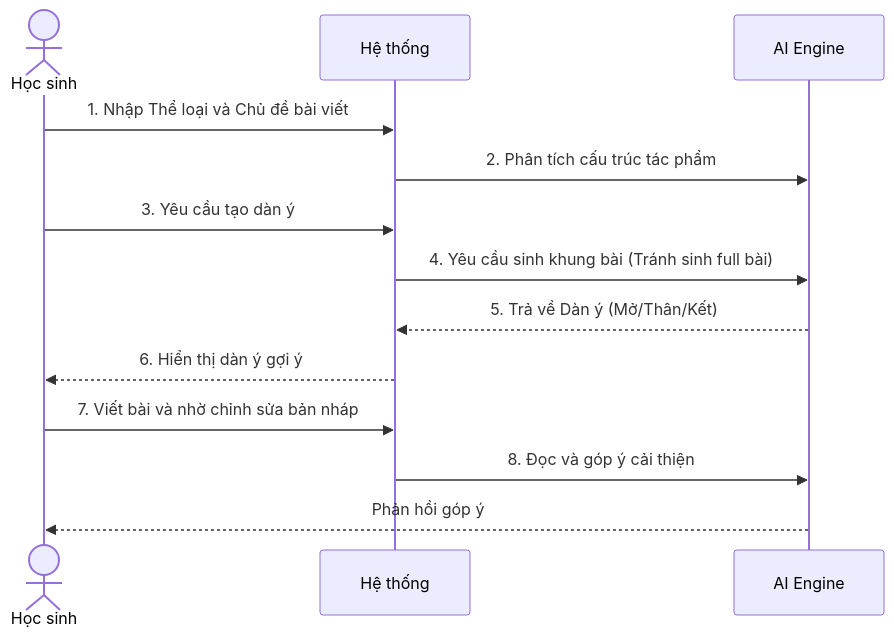
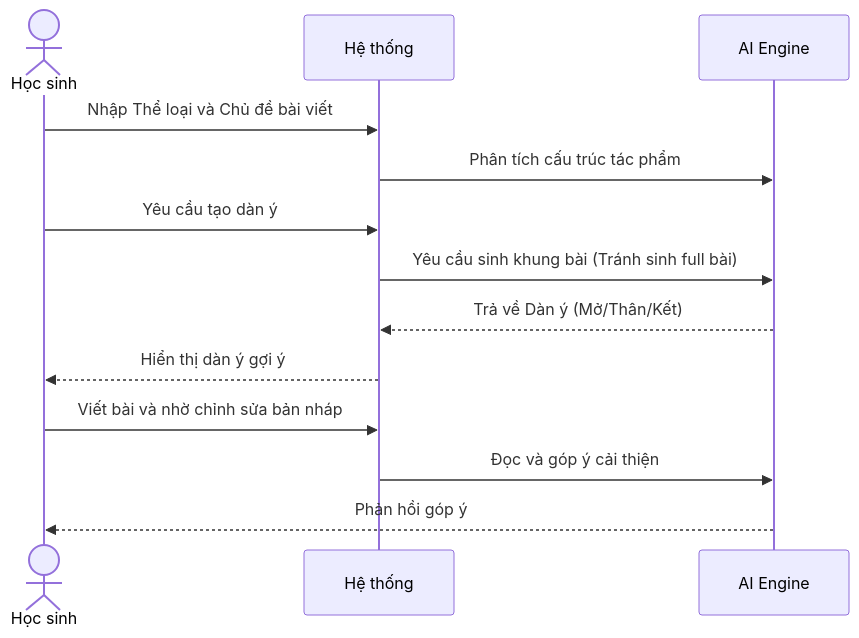
The fourth of 8 diagrams in docs/nhom_5_magicstudent.md (Cong-ty-TNNH-Q-Tech/Q-School), drawn with Mermaid before and after one commit. The commit also changed other lines of this file and 5 other files, not shown here.

Commit message:
docs: refine sequence diagrams logical flow and remove step numbers

````diff
--- a/docs/nhom_5_magicstudent.md
+++ b/docs/nhom_5_magicstudent.md
@@ -125,16 +125,16 @@
 ```mermaid
 sequenceDiagram
     actor HS as Học sinh
     participant HT as Hệ thống
     participant AI as AI Engine
 
-    HS->>HT: 1. Nhập Thể loại và Chủ đề bài viết
-    HT->>AI: 2. Phân tích cấu trúc tác phẩm
-    HS->>HT: 3. Yêu cầu tạo dàn ý
-    HT->>AI: 4. Yêu cầu sinh khung bài (Tránh sinh full bài)
-    AI-->>HT: 5. Trả về Dàn ý (Mở/Thân/Kết)
-    HT-->>HS: 6. Hiển thị dàn ý gợi ý
-    HS->>HT: 7. Viết bài và nhờ chỉnh sửa bản nháp
-    HT->>AI: 8. Đọc và góp ý cải thiện
+    HS->>HT: Nhập Thể loại và Chủ đề bài viết
+    HT->>AI: Phân tích cấu trúc tác phẩm
+    HS->>HT: Yêu cầu tạo dàn ý
+    HT->>AI: Yêu cầu sinh khung bài (Tránh sinh full bài)
+    AI-->>HT: Trả về Dàn ý (Mở/Thân/Kết)
+    HT-->>HS: Hiển thị dàn ý gợi ý
+    HS->>HT: Viết bài và nhờ chỉnh sửa bản nháp
+    HT->>AI: Đọc và góp ý cải thiện
     AI-->>HS: Phản hồi góp ý
 ```
````
